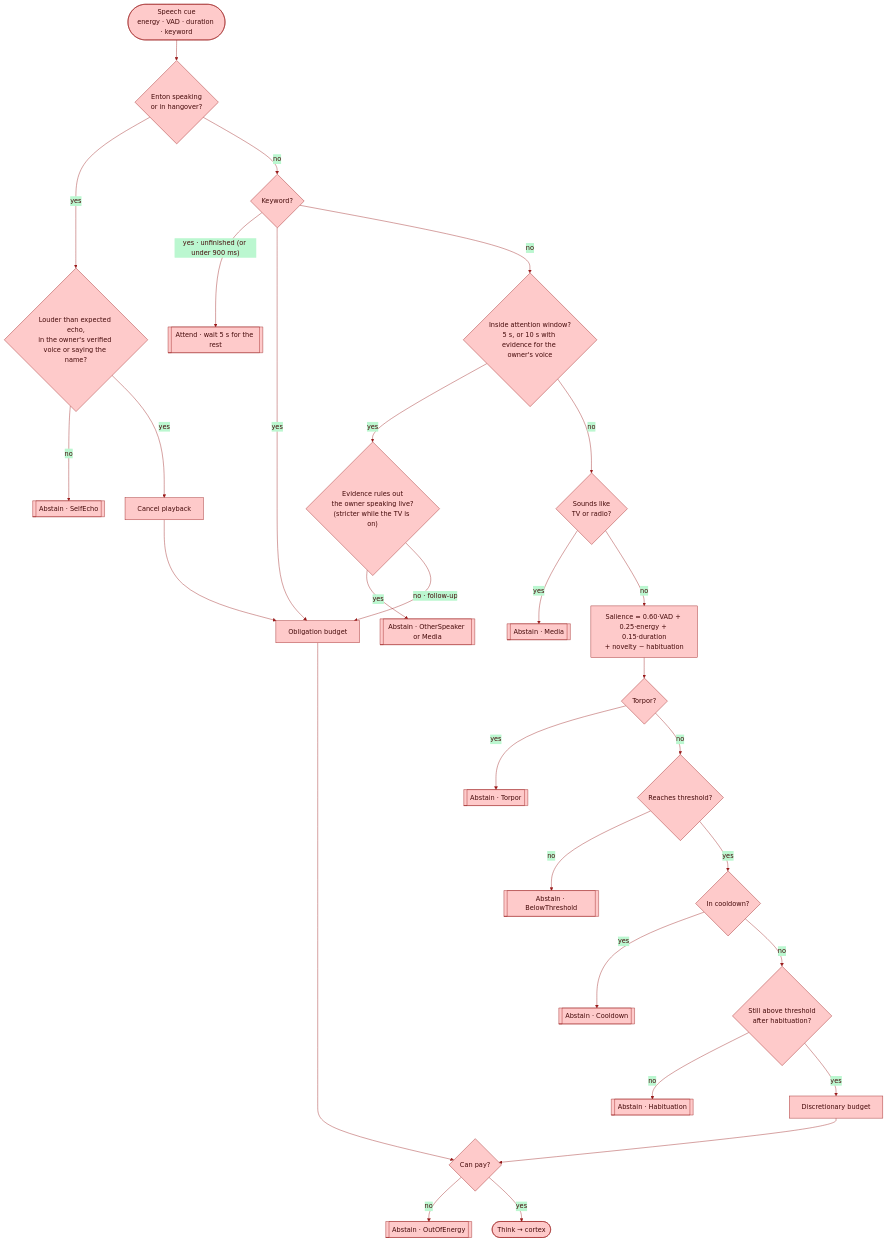
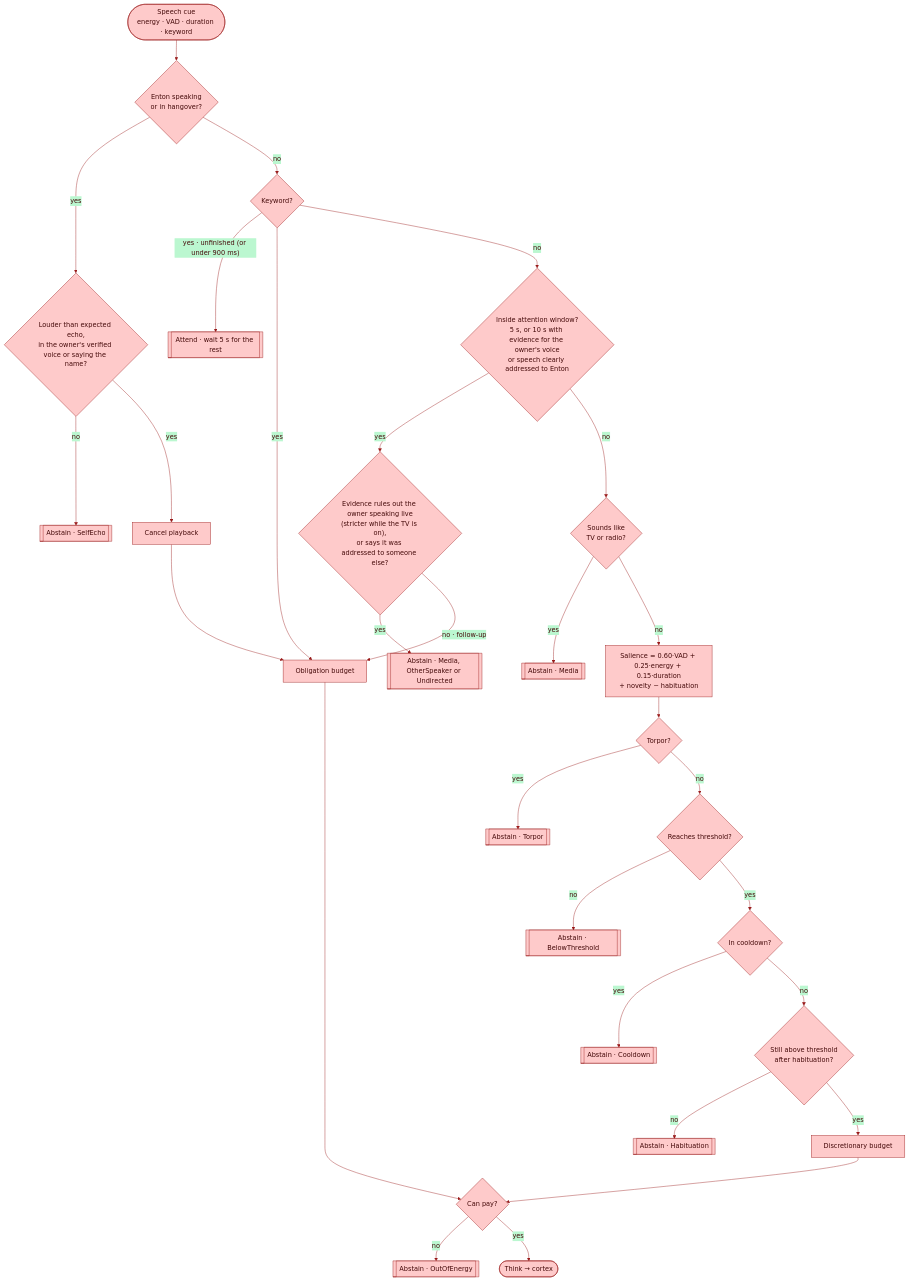
Before and after one commit to gabrielmaialva33/enton: the second of 3 diagrams in README.md, drawn with Mermaid. The commit also changed other lines of this file, not shown here.

````diff
--- a/README.md
+++ b/README.md
@@ -205,31 +205,31 @@
 ```mermaid
 %%{init: {'theme': 'base', 'themeVariables': {'primaryColor': '#fecaca', 'primaryTextColor': '#450a0a', 'primaryBorderColor': '#991b1b', 'secondaryColor': '#bbf7d0', 'secondaryTextColor': '#052e16', 'secondaryBorderColor': '#166534', 'tertiaryColor': '#fee2e2', 'tertiaryTextColor': '#450a0a', 'lineColor': '#991b1b', 'textColor': '#1c1917'}}}%%
 flowchart TD
     CUE(["Speech cue<br/>energy · VAD · duration · keyword"]) --> ECHO{"Enton speaking<br/>or in hangover?"}
     ECHO -- yes --> BARGE{"Louder than expected echo,<br/>in the owner's verified voice or saying the name?"}
     BARGE -- no --> A_ECHO[["Abstain · SelfEcho"]]
     BARGE -- yes --> CANCEL["Cancel playback"] --> OBL
     ECHO -- no --> KW{"Keyword?"}
     KW -- "yes · unfinished (or under 900 ms)" --> ATTEND[["Attend · wait 5 s for the rest"]]
     KW -- yes --> OBL["Obligation budget"]
-    KW -- no --> WIN{"Inside attention window?<br/>5 s, or 10 s with evidence for the owner's voice"}
-    WIN -- yes --> SPK{"Evidence rules out<br/>the owner speaking live?<br/>(stricter while the TV is on)"}
-    SPK -- yes --> A_O[["Abstain · OtherSpeaker or Media"]]
+    KW -- no --> WIN{"Inside attention window?<br/>5 s, or 10 s with evidence for the owner's voice<br/>or speech clearly addressed to Enton"}
+    WIN -- yes --> SPK{"Evidence rules out the owner speaking live<br/>(stricter while the TV is on),<br/>or says it was addressed to someone else?"}
+    SPK -- yes --> A_O[["Abstain · Media, OtherSpeaker or Undirected"]]
     SPK -- "no · follow-up" --> OBL
     WIN -- no --> MED{"Sounds like<br/>TV or radio?"}
     MED -- yes --> A_M[["Abstain · Media"]]
     MED -- no --> SAL["Salience = 0.60·VAD + 0.25·energy + 0.15·duration<br/>+ novelty − habituation"]
     SAL --> TORPOR{"Torpor?"}
     TORPOR -- yes --> A_T[["Abstain · Torpor"]]
     TORPOR -- no --> TH{"Reaches threshold?"}
     TH -- no --> A_B[["Abstain · BelowThreshold"]]
     TH -- yes --> CD{"In cooldown?"}
     CD -- yes --> A_C[["Abstain · Cooldown"]]
     CD -- no --> HAB{"Still above threshold<br/>after habituation?"}
     HAB -- no --> A_H[["Abstain · Habituation"]]
     HAB -- yes --> DIS["Discretionary budget"]
     OBL --> PAY{"Can pay?"}
     DIS --> PAY
     PAY -- no --> A_E[["Abstain · OutOfEnergy"]]
     PAY -- yes --> THINK(["Think → cortex"])
 ```
````
